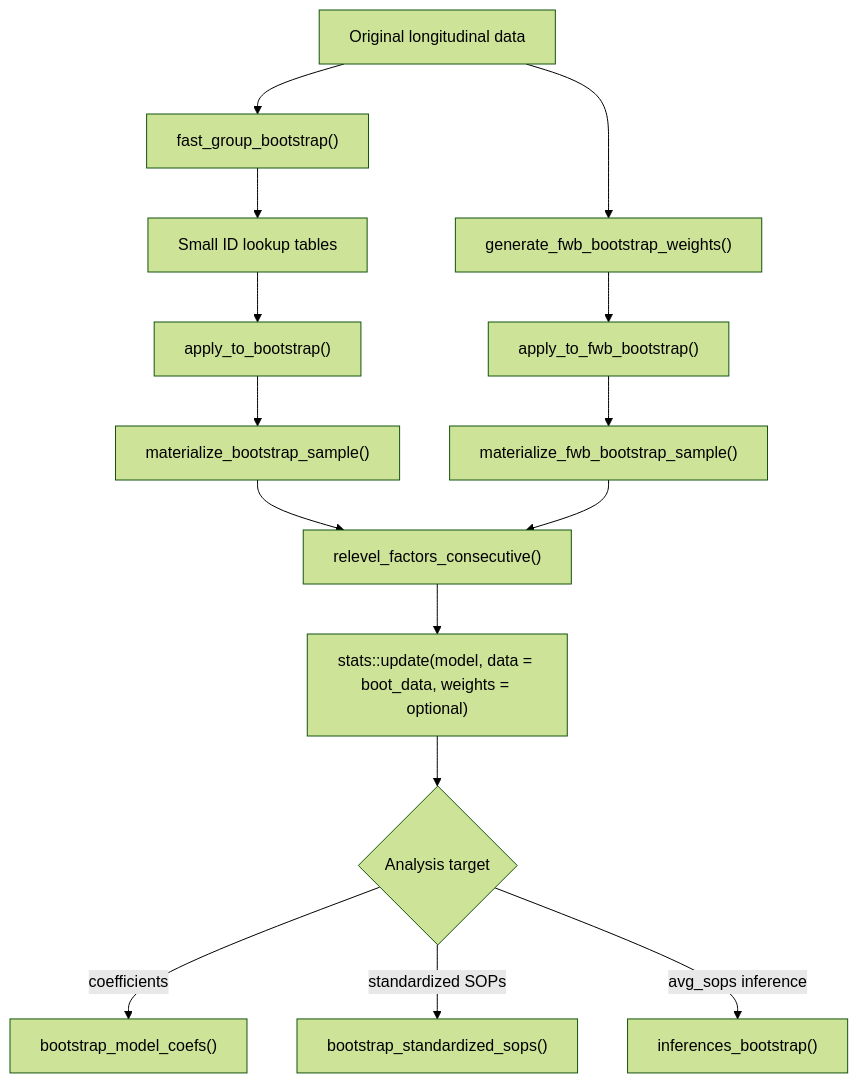
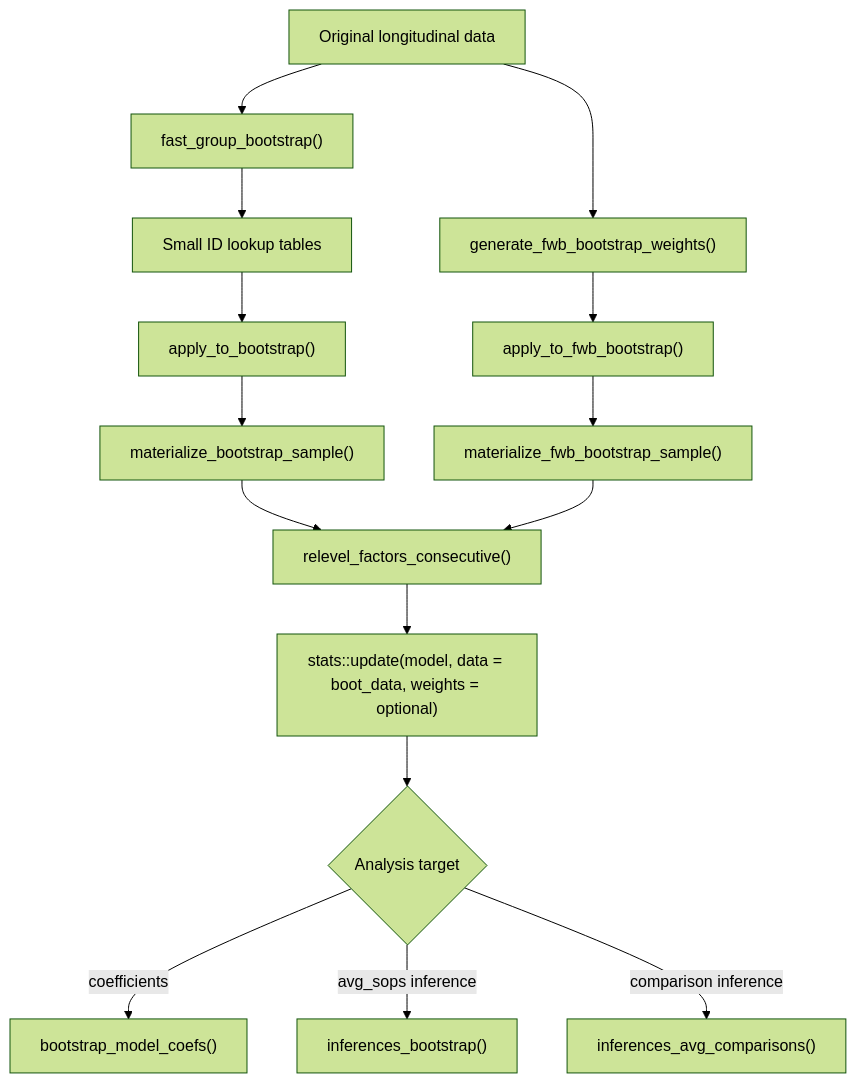
The sixth of 6 diagrams in ARCHITECTURE.md (scjohannes/markov.misc), drawn with Mermaid (forest theme) before and after one commit. The commit also changed other lines of this file and 55 other files, not shown here.

Commit message:
Refactor SOP comparison inference and archive legacy bootstrap

````diff
--- a/ARCHITECTURE.md
+++ b/ARCHITECTURE.md
@@ -539,17 +548,17 @@
 ```mermaid
 flowchart TD
   DATA["Original longitudinal data"] --> IDS["fast_group_bootstrap()"]
   DATA --> FWB_IDS["generate_fwb_bootstrap_weights()"]
   IDS --> LOOKUP["Small ID lookup tables"]
   LOOKUP --> APPLY["apply_to_bootstrap()"]
   APPLY --> MATERIALIZE["materialize_bootstrap_sample()"]
   FWB_IDS --> FWB_APPLY["apply_to_fwb_bootstrap()"]
   FWB_APPLY --> FWB_MATERIALIZE["materialize_fwb_bootstrap_sample()"]
   MATERIALIZE --> RELEVEL["relevel_factors_consecutive()"]
   FWB_MATERIALIZE --> RELEVEL
   RELEVEL --> REFIT["stats::update(model, data = boot_data, weights = optional)"]
   REFIT --> ANALYSIS{"Analysis target"}
   ANALYSIS -- "coefficients" --> COEF["bootstrap_model_coefs()"]
-  ANALYSIS -- "standardized SOPs" --> SOP["bootstrap_standardized_sops()"]
   ANALYSIS -- "avg_sops inference" --> INF["inferences_bootstrap()"]
+  ANALYSIS -- "comparison inference" --> COMP_INF["inferences_avg_comparisons()"]
 ```
````
